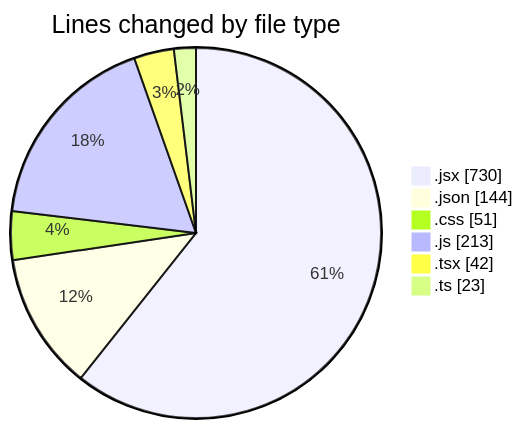
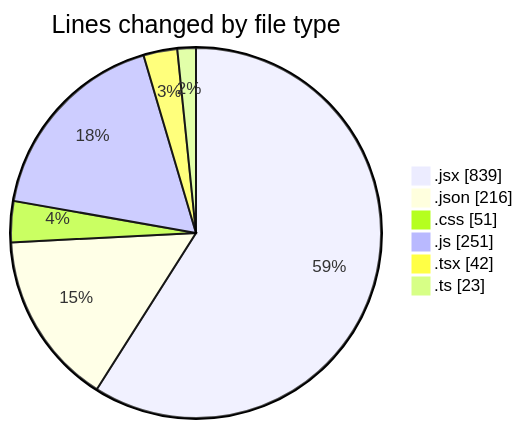
The first of 2 diagrams in 2026-03-19/commonwealth-front-end-task/README.md (momahboobian/code-tracking), drawn with Mermaid before and after one commit. The commit also changed other lines of this file and 1 other file, not shown here.

````diff
--- a/2026-03-19/commonwealth-front-end-task/README.md
+++ b/2026-03-19/commonwealth-front-end-task/README.md
@@ -29,10 +33,10 @@
 ```mermaid
 pie showData
 title Lines changed by file type
-".jsx" : 730
-".json" : 144
+".jsx" : 839
+".json" : 216
 ".css" : 51
-".js" : 213
+".js" : 251
 ".tsx" : 42
 ".ts" : 23
 ```
````
